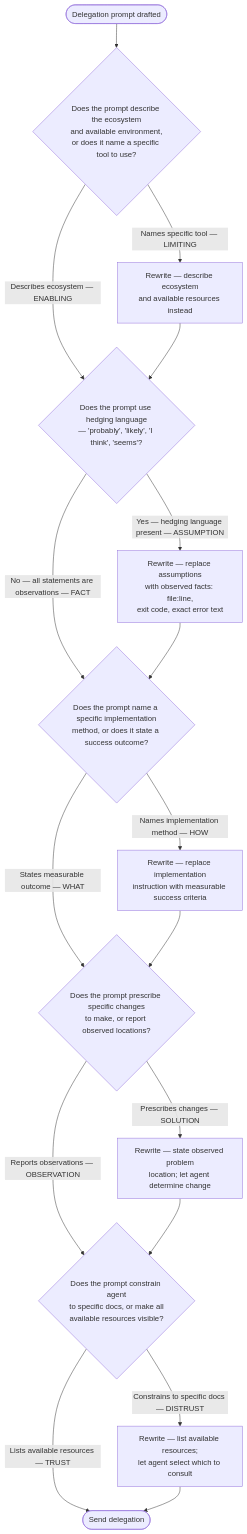
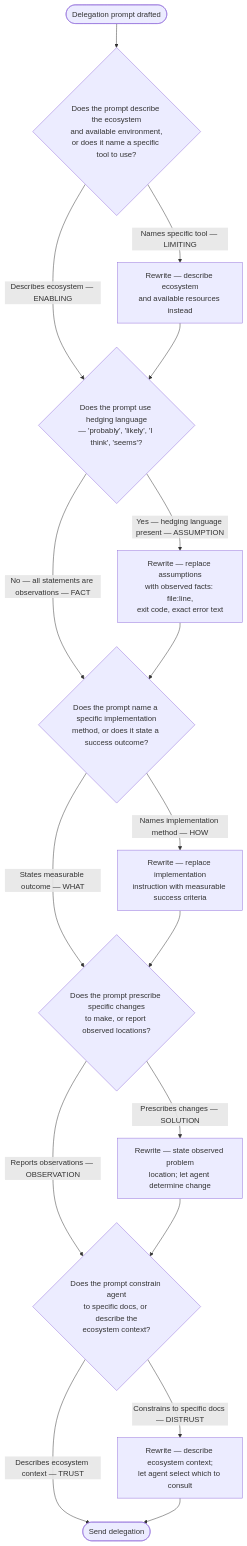
Before and after one commit to chgreer1070/claude_skills: the fifth of 8 diagrams in plugins/agent-orchestration/skills/agent-orchestration/SKILL.md, drawn with Mermaid. The commit also changed 5 other files, not shown here.

````diff
--- a/plugins/agent-orchestration/skills/agent-orchestration/SKILL.md
+++ b/plugins/agent-orchestration/skills/agent-orchestration/SKILL.md
@@ -418,27 +418,27 @@
 ```mermaid
 flowchart TD
     Start(["Delegation prompt drafted"]) --> Q1{"Does the prompt describe the ecosystem<br>and available environment,<br>or does it name a specific tool to use?"}
     Q1 -->|"Names specific tool — LIMITING"| Fix1["Rewrite — describe ecosystem<br>and available resources instead"]
     Q1 -->|"Describes ecosystem — ENABLING"| Q2
     Fix1 --> Q2
 
     Q2{"Does the prompt use hedging language<br>— 'probably', 'likely', 'I think', 'seems'?"}
     Q2 -->|"Yes — hedging language present — ASSUMPTION"| Fix2["Rewrite — replace assumptions<br>with observed facts: file:line,<br>exit code, exact error text"]
     Q2 -->|"No — all statements are observations — FACT"| Q3
     Fix2 --> Q3
 
     Q3{"Does the prompt name a specific implementation<br>method, or does it state a success outcome?"}
     Q3 -->|"Names implementation method — HOW"| Fix3["Rewrite — replace implementation<br>instruction with measurable success criteria"]
     Q3 -->|"States measurable outcome — WHAT"| Q4
     Fix3 --> Q4
 
     Q4{"Does the prompt prescribe specific changes<br>to make, or report observed locations?"}
     Q4 -->|"Prescribes changes — SOLUTION"| Fix4["Rewrite — state observed problem<br>location; let agent determine change"]
     Q4 -->|"Reports observations — OBSERVATION"| Q5
     Fix4 --> Q5
 
-    Q5{"Does the prompt constrain agent<br>to specific docs, or make all<br>available resources visible?"}
-    Q5 -->|"Constrains to specific docs — DISTRUST"| Fix5["Rewrite — list available resources;<br>let agent select which to consult"]
-    Q5 -->|"Lists available resources — TRUST"| Send(["Send delegation"])
+    Q5{"Does the prompt constrain agent<br>to specific docs, or describe the<br>ecosystem context?"}
+    Q5 -->|"Constrains to specific docs — DISTRUST"| Fix5["Rewrite — describe ecosystem context;<br>let agent select which to consult"]
+    Q5 -->|"Describes ecosystem context — TRUST"| Send(["Send delegation"])
     Fix5 --> Send
 ```
````
